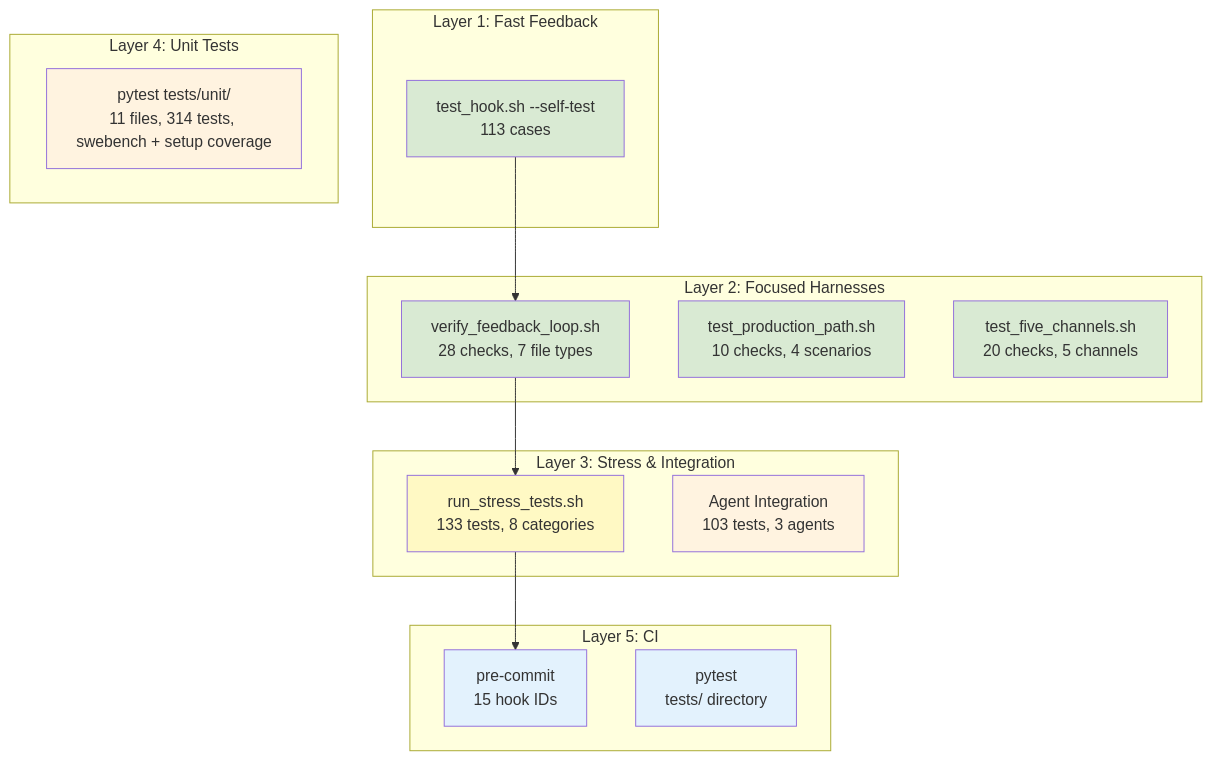
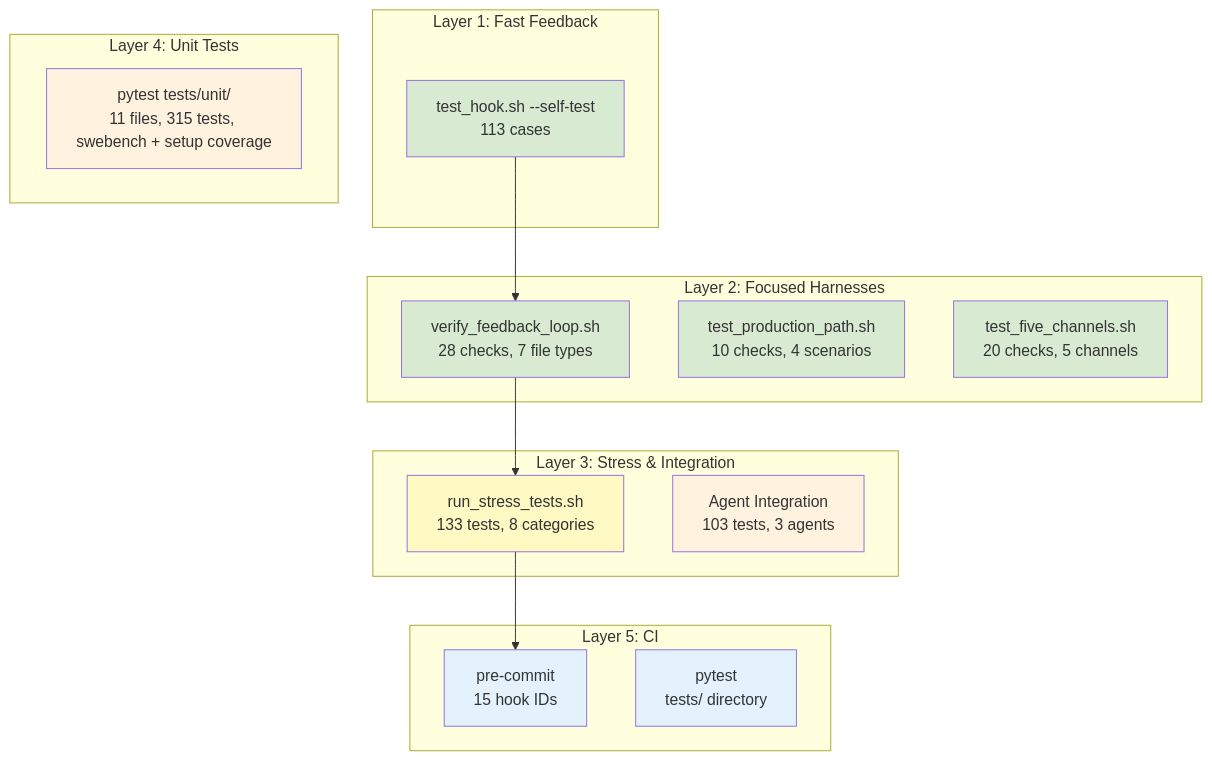
The diagram in docs/psf/01-testing-infrastructure.md (alfredosdpiii/plankton-for-all), drawn with Mermaid before and after one commit. The commit also changed other lines of this file and 4 other files, not shown here.

````diff
--- a/docs/psf/01-testing-infrastructure.md
+++ b/docs/psf/01-testing-infrastructure.md
@@ -57,40 +57,40 @@
 ```mermaid
 graph TB
     subgraph "Layer 1: Fast Feedback"
         ST[test_hook.sh --self-test<br/>113 cases]
     end
 
     subgraph "Layer 2: Focused Harnesses"
         FL[verify_feedback_loop.sh<br/>28 checks, 7 file types]
         PP[test_production_path.sh<br/>10 checks, 4 scenarios]
         FC[test_five_channels.sh<br/>20 checks, 5 channels]
     end
 
     subgraph "Layer 3: Stress & Integration"
         SS[run_stress_tests.sh<br/>133 tests, 8 categories]
         AG[Agent Integration<br/>103 tests, 3 agents]
     end
 
     subgraph "Layer 4: Unit Tests"
-        UT[pytest tests/unit/<br/>11 files, 314 tests, swebench + setup coverage]
+        UT[pytest tests/unit/<br/>11 files, 315 tests, swebench + setup coverage]
     end
 
     subgraph "Layer 5: CI"
         PC[pre-commit<br/>15 hook IDs]
         PT[pytest<br/>tests/ directory]
     end
 
     ST --> FL
     FL --> SS
     SS --> PC
 
     style ST fill:#d9ead3
     style FL fill:#d9ead3
     style PP fill:#d9ead3
     style FC fill:#d9ead3
     style SS fill:#fff9c4
     style AG fill:#fff3e0
     style PC fill:#e3f2fd
     style UT fill:#fff3e0
     style PT fill:#e3f2fd
 ```
````
